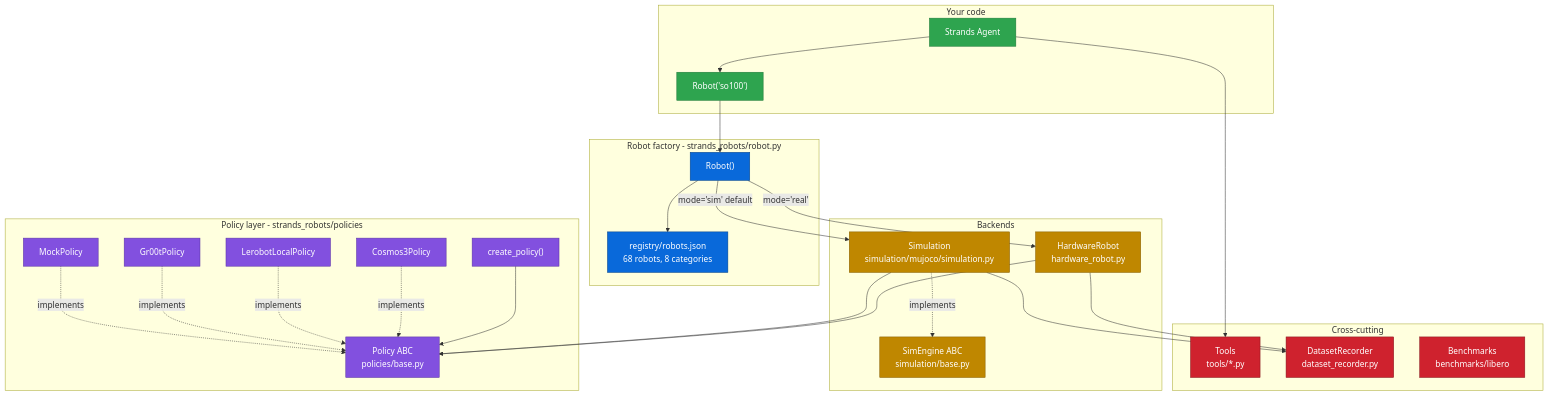
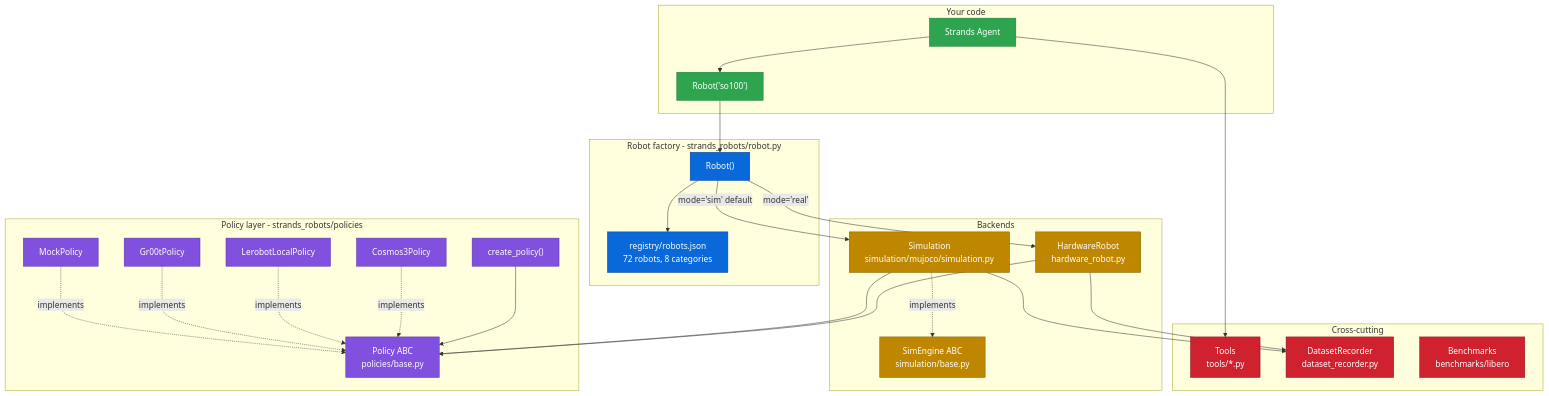
Before and after one commit to Stars1233/robots: the diagram in docs/architecture.md, drawn with Mermaid. The commit also changed other lines of this file and 10 other files, not shown here.

````diff
--- a/docs/architecture.md
+++ b/docs/architecture.md
@@ -11,64 +11,64 @@
 ```mermaid
 graph TB
     subgraph user[Your code]
         AGENT["Strands Agent"]
         FACTORY["Robot('so100')"]
     end
 
     subgraph factory_layer[Robot factory  -  strands_robots/robot.py]
         ROBOT["Robot()"]
-        REGISTRY["registry/robots.json<br/>68 robots, 8 categories"]
+        REGISTRY["registry/robots.json<br/>72 robots, 8 categories"]
         ROBOT --> REGISTRY
     end
 
     subgraph backends[Backends]
         SIM["Simulation<br/>simulation/mujoco/simulation.py"]
         HW["HardwareRobot<br/>hardware_robot.py"]
         SIM_ABC["SimEngine ABC<br/>simulation/base.py"]
         SIM -.implements.-> SIM_ABC
     end
 
     subgraph policies[Policy layer  -  strands_robots/policies]
         POLICY_ABC["Policy ABC<br/>policies/base.py"]
         MOCK["MockPolicy"]
         GROOT["Gr00tPolicy"]
         LEROBOT["LerobotLocalPolicy"]
         COSMOS3["Cosmos3Policy"]
         FACTORY_FN["create_policy()"]
         MOCK -.implements.-> POLICY_ABC
         GROOT -.implements.-> POLICY_ABC
         LEROBOT -.implements.-> POLICY_ABC
         COSMOS3 -.implements.-> POLICY_ABC
         FACTORY_FN --> POLICY_ABC
     end
 
     subgraph extras[Cross-cutting]
         TOOLS["Tools<br/>tools/*.py"]
         RECORDER["DatasetRecorder<br/>dataset_recorder.py"]
         BENCH["Benchmarks<br/>benchmarks/libero"]
     end
 
     AGENT --> FACTORY
     FACTORY --> ROBOT
     ROBOT -->|mode='sim' default| SIM
     ROBOT -->|mode='real'| HW
 
     SIM --> POLICY_ABC
     HW --> POLICY_ABC
     SIM --> RECORDER
     HW --> RECORDER
 
     AGENT --> TOOLS
 
     classDef user fill:#2ea44f,stroke:#1b7735,color:#fff
     classDef factory fill:#0969da,stroke:#044289,color:#fff
     classDef backend fill:#bf8700,stroke:#875e00,color:#fff
     classDef policy fill:#8250df,stroke:#5a32a3,color:#fff
     classDef cross fill:#cf222e,stroke:#86181d,color:#fff
 
     class AGENT,FACTORY user
     class ROBOT,REGISTRY factory
     class SIM,HW,SIM_ABC backend
     class POLICY_ABC,MOCK,GROOT,LEROBOT,COSMOS3,FACTORY_FN policy
     class TOOLS,RECORDER,BENCH cross
 ```
````
